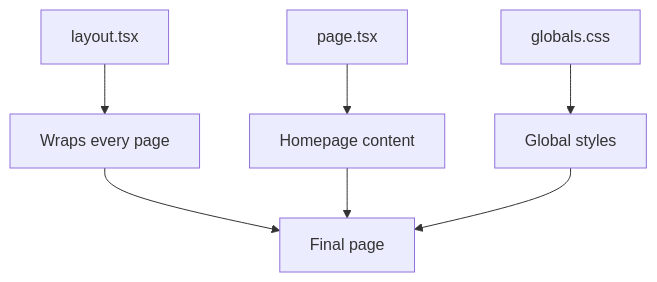
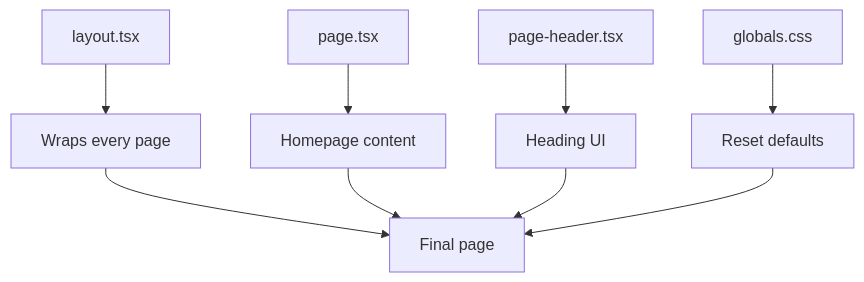
The second of 2 diagrams in docs/web/rendering.md (matthewlovestocode/designated), drawn with Mermaid before and after one commit. The commit also changed other lines of this file and 4 other files, not shown here.

````diff
--- a/docs/web/rendering.md
+++ b/docs/web/rendering.md
@@ -63,9 +65,11 @@
 ```mermaid
 flowchart TD
     A["layout.tsx"] --> B["Wraps every page"]
     C["page.tsx"] --> D["Homepage content"]
-    E["globals.css"] --> F["Global styles"]
-    B --> G["Final page"]
-    D --> G
-    F --> G
+    E["page-header.tsx"] --> F["Heading UI"]
+    G["globals.css"] --> H["Reset defaults"]
+    B --> I["Final page"]
+    D --> I
+    F --> I
+    H --> I
 ```
````
